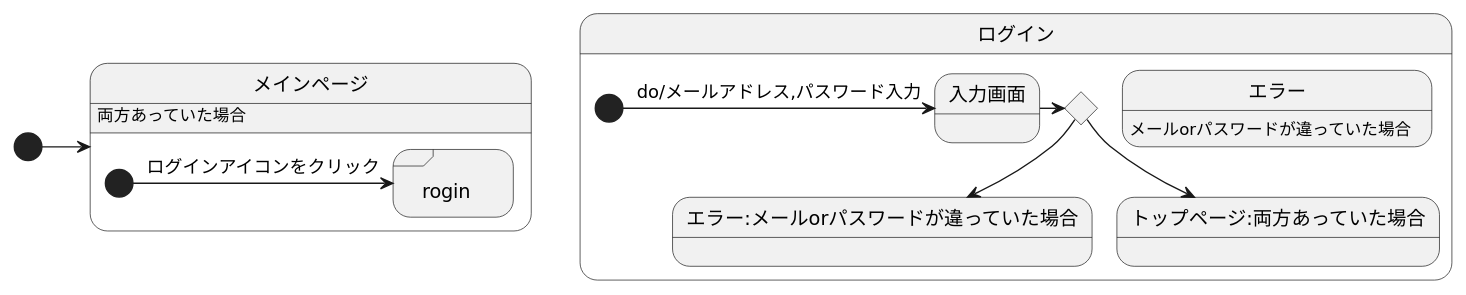
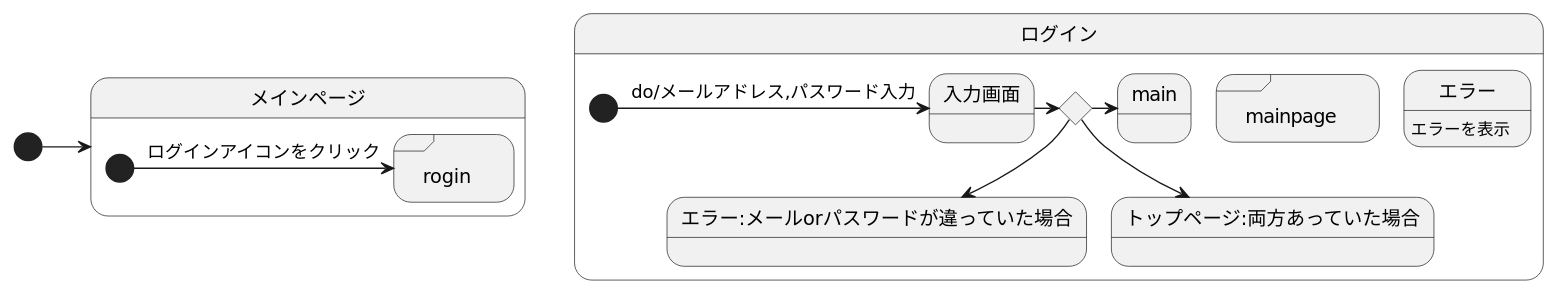
The diagram in UML.md (akutori/T-D-E), drawn with PlantUML before and after one commit.

````diff
--- a/UML.md
+++ b/UML.md
@@ -1,26 +1,28 @@
 ```uml
 @startuml
 
 
 [*]->メインページ
 state メインページ{
 state rogin
     [*]-> rogin : ログインアイコンをクリック
 
 }
 state "rogin" <<sdlreceive>> 
 
 state ログイン{
 state input <<choice>>
+state "mainpage" <<sdlreceive>>
+エラー:エラーを表示
     [*]-> 入力画面:do/メールアドレス,パスワード入力
     入力画面->input
-    エラー:メールorパスワードが違っていた場合
-    メインページ:両方あっていた場合
     input --> エラー:メールorパスワードが違っていた場合
+
     input --> トップページ:両方あっていた場合
+    input -> main
 }
 
 
 
 @enduml
 ```
````
